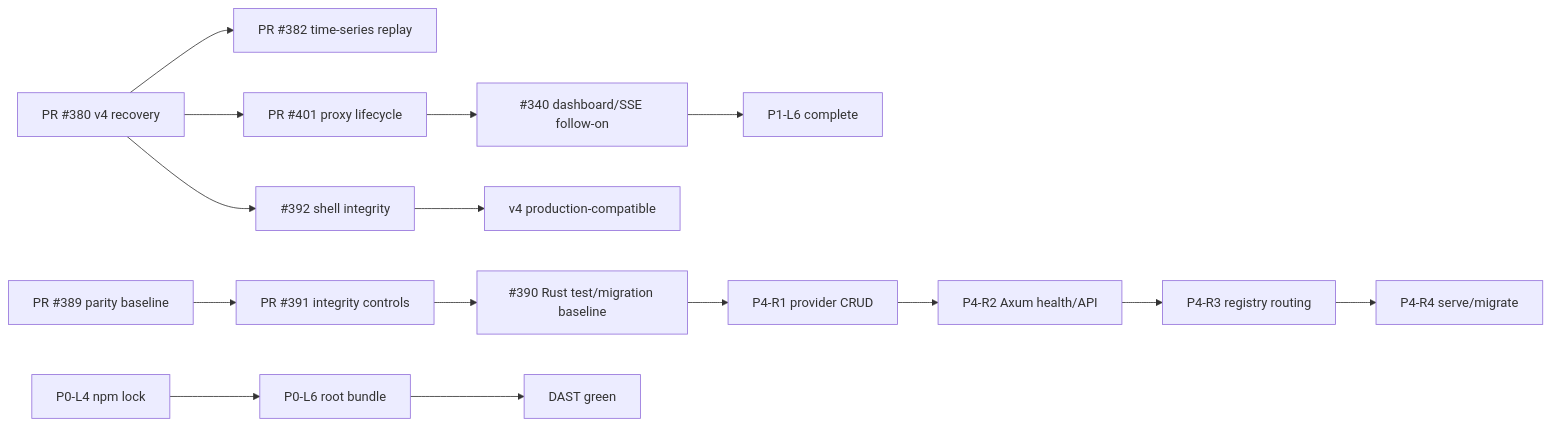
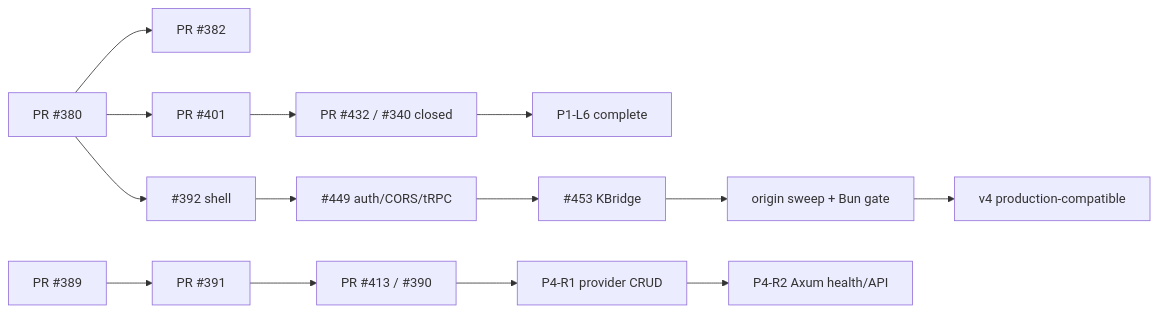
Before and after one commit to KooshaPari/OmniRoute: the diagram in plans/2026-07-18-tic-cockpit.md, drawn with Mermaid. The commit also changed other lines of this file, not shown here.

````diff
--- a/plans/2026-07-18-tic-cockpit.md
+++ b/plans/2026-07-18-tic-cockpit.md
@@ -37,20 +36,18 @@
 ```mermaid
 flowchart LR
-  RECOVERY[PR #380 v4 recovery] --> TS[PR #382 time-series replay]
-  RECOVERY --> PROXY[PR #401 proxy lifecycle]
-  PROXY --> SSE[#340 dashboard/SSE follow-on]
+  RECOVERY[PR #380] --> TS[PR #382]
+  RECOVERY --> PROXY[PR #401]
+  PROXY --> SSE[PR #432 / #340 closed]
   SSE --> P1DONE[P1-L6 complete]
 
-  RECOVERY --> SHELL[#392 shell integrity]
-  SHELL --> SHELLREADY[v4 production-compatible]
+  RECOVERY --> SHELL[#392 shell]
+  SHELL --> A449[#449 auth/CORS/tRPC]
+  A449 --> K453[#453 KBridge]
+  K453 --> SWEEP[origin sweep + Bun gate]
+  SWEEP --> SHELLREADY[v4 production-compatible]
 
-  PARITY[PR #389 parity baseline] --> CONTROL[PR #391 integrity controls]
-  CONTROL --> RBASE[#390 Rust test/migration baseline]
+  PARITY[PR #389] --> CONTROL[PR #391]
+  CONTROL --> RBASE[PR #413 / #390]
   RBASE --> CRUD[P4-R1 provider CRUD]
   CRUD --> API[P4-R2 Axum health/API]
-  API --> ROUTER[P4-R3 registry routing]
-  ROUTER --> CLI[P4-R4 serve/migrate]
-
-  LOCK[P0-L4 npm lock] --> BUNDLE[P0-L6 root bundle]
-  BUNDLE --> DAST[DAST green]
 ```
````
